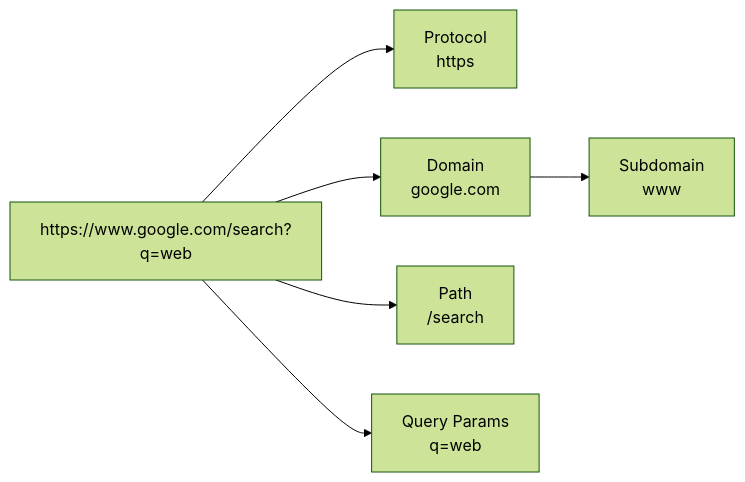
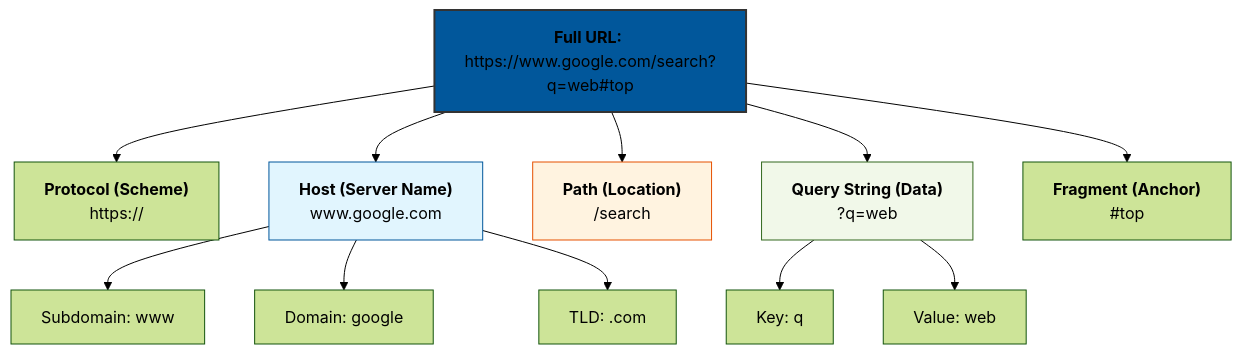
One commit to kumaratul60/System-Design changed the first of 13 diagrams in Networking/Web/web.md. Above: the diagram before and after it, drawn with Mermaid (forest theme). The commit also changed other lines of this file and 2 other files, not shown here.

````diff
--- a/Networking/Web/web.md
+++ b/Networking/Web/web.md
@@ -162,9 +196,24 @@
 ```mermaid
-flowchart LR
-    URL["https://www.google.com/search?q=web"]
-    URL --> P[Protocol<br/>https]
-    URL --> D[Domain<br/>google.com]
-    D --> SD[Subdomain<br/>www]
-    URL --> Path[Path<br/>/search]
-    URL --> Q[Query Params<br/>q=web]
+flowchart TD
+    URL["<b>Full URL:</b> https://www.google.com/search?q=web#top"]
+
+    URL --> Proto["<b>Protocol (Scheme)</b><br/>https://"]
+
+    URL --> Host["<b>Host (Server Name)</b><br/>www.google.com"]
+    Host --> Sub["Subdomain: www"]
+    Host --> SLD["Domain: google"]
+    Host --> TLD["TLD: .com"]
+
+    URL --> Path["<b>Path (Location)</b><br/>/search"]
+
+    URL --> Query["<b>Query String (Data)</b><br/>?q=web"]
+    Query --> Key["Key: q"]
+    Query --> Val["Value: web"]
+
+    URL --> Frag["<b>Fragment (Anchor)</b><br/>#top"]
+
+    style URL fill:#01579b,stroke:#333,stroke-width:2px
+    style Host fill:#e1f5fe,stroke:#01579b
+    style Path fill:#fff3e0,stroke:#e65100
+    style Query fill:#f1f8e9,stroke:#33691e
 ```
````
